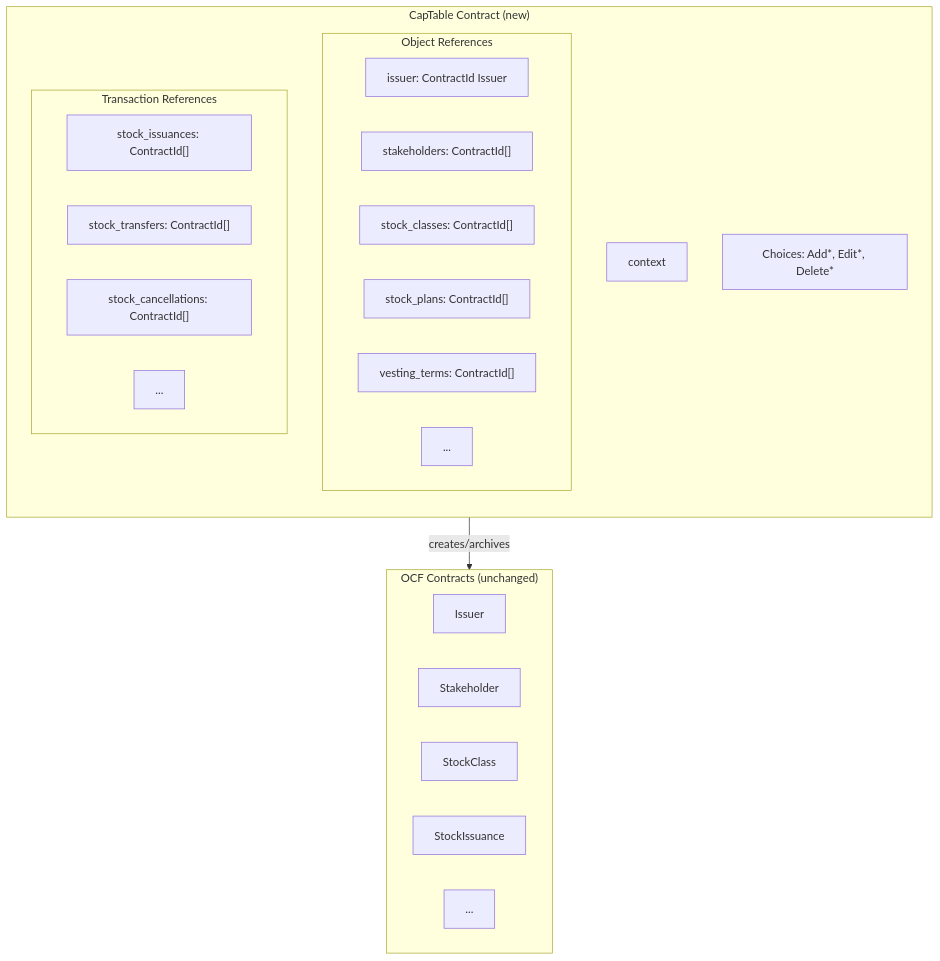
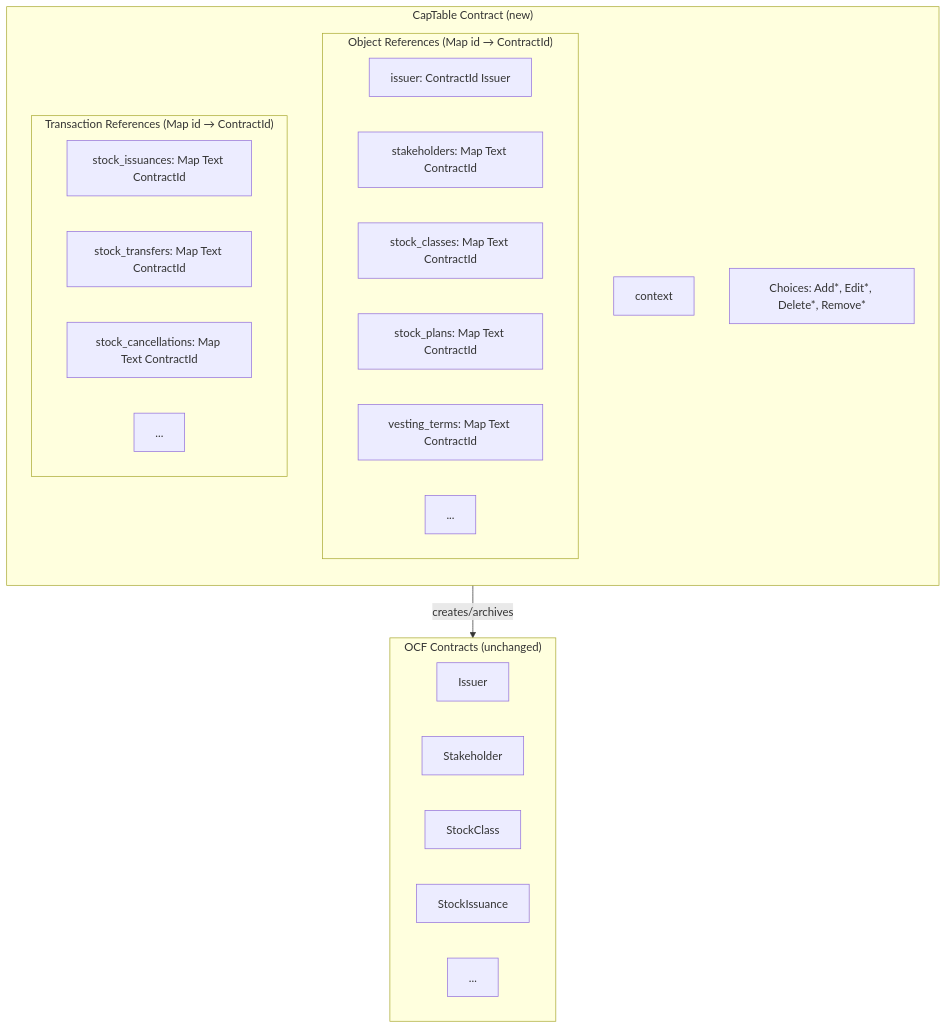
One commit to Fairmint/open-captable-protocol-daml changed the diagram in docs/adr/002-stateful-issuer-with-position-tracking.md. Above: the diagram before and after it, drawn with Mermaid. The commit also changed other lines of this file, not shown here.

````diff
--- a/docs/adr/002-stateful-issuer-with-position-tracking.md
+++ b/docs/adr/002-stateful-issuer-with-position-tracking.md
@@ -47,35 +47,35 @@
 ```mermaid
 graph TB
     subgraph CapTable["CapTable Contract (new)"]
         direction TB
         Meta["context"]
-
-        subgraph Objects["Object References"]
+        
+        subgraph Objects["Object References (Map id → ContractId)"]
             O0["issuer: ContractId Issuer"]
-            O1["stakeholders: ContractId[]"]
-            O2["stock_classes: ContractId[]"]
-            O3["stock_plans: ContractId[]"]
-            O4["vesting_terms: ContractId[]"]
+            O1["stakeholders: Map Text ContractId"]
+            O2["stock_classes: Map Text ContractId"]
+            O3["stock_plans: Map Text ContractId"]
+            O4["vesting_terms: Map Text ContractId"]
             O5["..."]
         end
-
-        subgraph Transactions["Transaction References"]
-            T1["stock_issuances: ContractId[]"]
-            T2["stock_transfers: ContractId[]"]
-            T3["stock_cancellations: ContractId[]"]
+        
+        subgraph Transactions["Transaction References (Map id → ContractId)"]
+            T1["stock_issuances: Map Text ContractId"]
+            T2["stock_transfers: Map Text ContractId"]
+            T3["stock_cancellations: Map Text ContractId"]
             T4["..."]
         end
-
-        Choices["Choices: Add*, Edit*, Delete*"]
+        
+        Choices["Choices: Add*, Edit*, Delete*, Remove*"]
     end
-
+    
     CapTable -->|creates/archives| OCF["OCF Object Contracts"]
-
+    
     subgraph OCF["OCF Contracts (unchanged)"]
         C0[Issuer]
         C1[Stakeholder]
         C2[StockClass]
         C3[StockIssuance]
         C4[...]
     end
 ```
````
